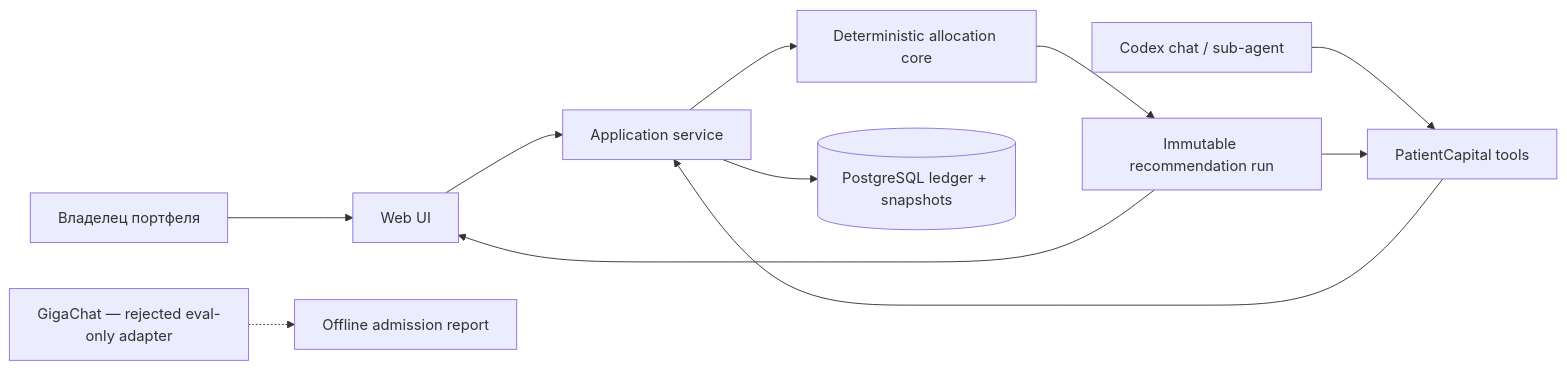
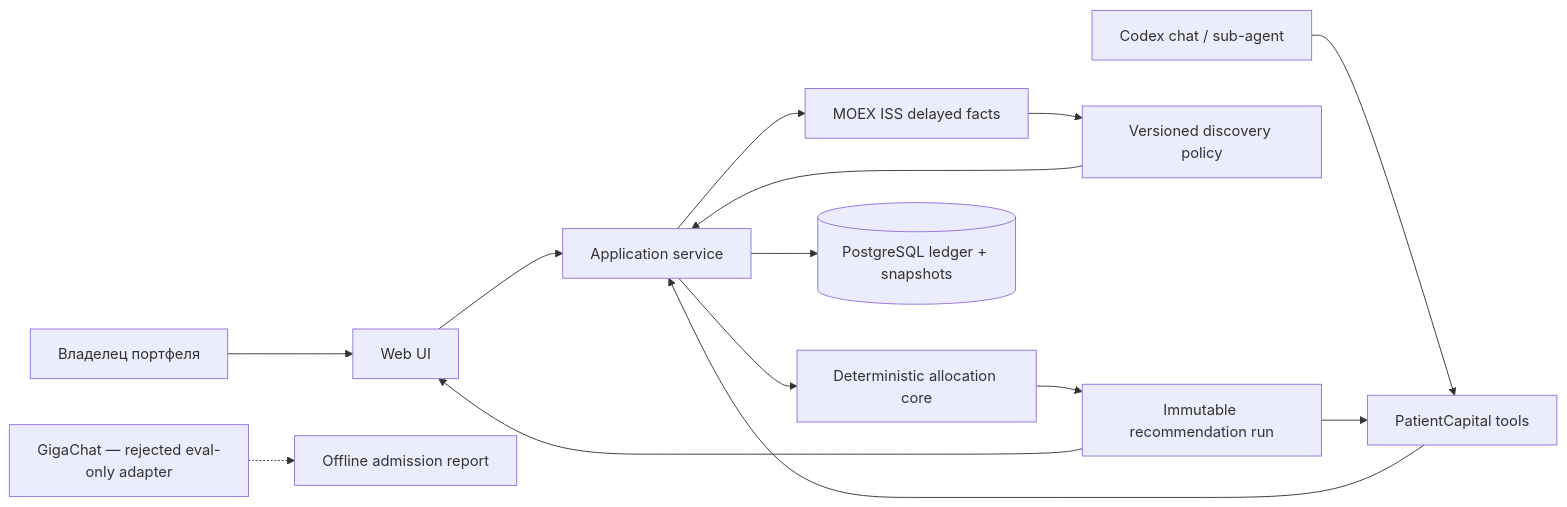
The first of 2 diagrams in docs/ARCHITECTURE.md (TBWTK/PatientCapital), drawn with Mermaid before and after one commit. The commit also changed other lines of this file and 38 other files, not shown here.

Commit message:
feat: add automatic five-year MOEX discovery

````diff
--- a/docs/ARCHITECTURE.md
+++ b/docs/ARCHITECTURE.md
@@ -102,13 +109,16 @@
 ```mermaid
 flowchart LR
   User["Владелец портфеля"] --> Web["Web UI"]
   Codex["Codex chat / sub-agent"] --> Tools["PatientCapital tools"]
   Web --> App["Application service"]
   Tools --> App
+  App --> MOEX["MOEX ISS delayed facts"]
+  MOEX --> Policy["Versioned discovery policy"]
+  Policy --> App
   App --> Core["Deterministic allocation core"]
   App --> DB[("PostgreSQL ledger + snapshots")]
   Core --> Run["Immutable recommendation run"]
   Run --> Web
   Run --> Tools
   Giga["GigaChat — rejected eval-only adapter"] -.-> Gate["Offline admission report"]
 ```
````
